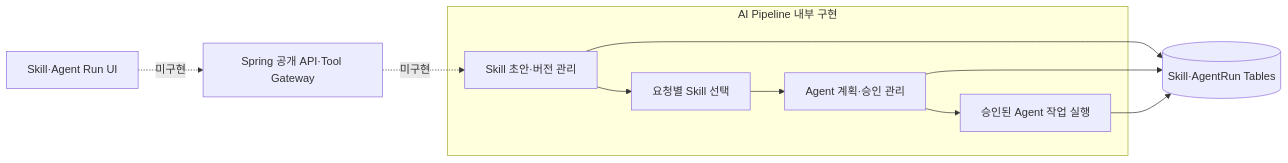
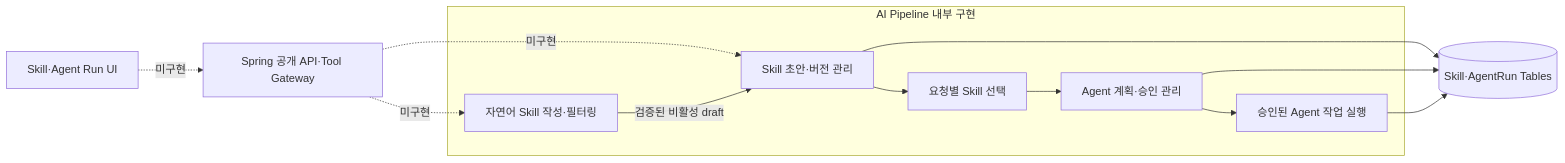
Before and after one commit to FruitionKR/local-pilot: diagram 13 of 15 in docs/core-data-flow.md, drawn with Mermaid. The commit also changed other lines of this file and 14 other files, not shown here.

Commit message:
feat: 자연어 Skill 작성 API 추가

````diff
--- a/docs/core-data-flow.md
+++ b/docs/core-data-flow.md
@@ -637,21 +637,24 @@
 ```mermaid
 flowchart LR
     UI[Skill·Agent Run UI]
     SPRING[Spring 공개 API·Tool Gateway]
 
     subgraph INTERNAL[AI Pipeline 내부 구현]
+        AUTHOR["자연어 Skill 작성·필터링"]
         SKILL["Skill 초안·버전 관리"]
         SELECT["요청별 Skill 선택"]
         PLAN["Agent 계획·승인 관리"]
         EXECUTE["승인된 Agent 작업 실행"]
     end
 
     DB[(Skill·AgentRun Tables)]
 
     UI -. 미구현 .-> SPRING
+    SPRING -. 미구현 .-> AUTHOR
     SPRING -. 미구현 .-> SKILL
+    AUTHOR -->|검증된 비활성 draft| SKILL
     SKILL --> SELECT --> PLAN --> EXECUTE
     SKILL --> DB
     PLAN --> DB
     EXECUTE --> DB
 ```
````
